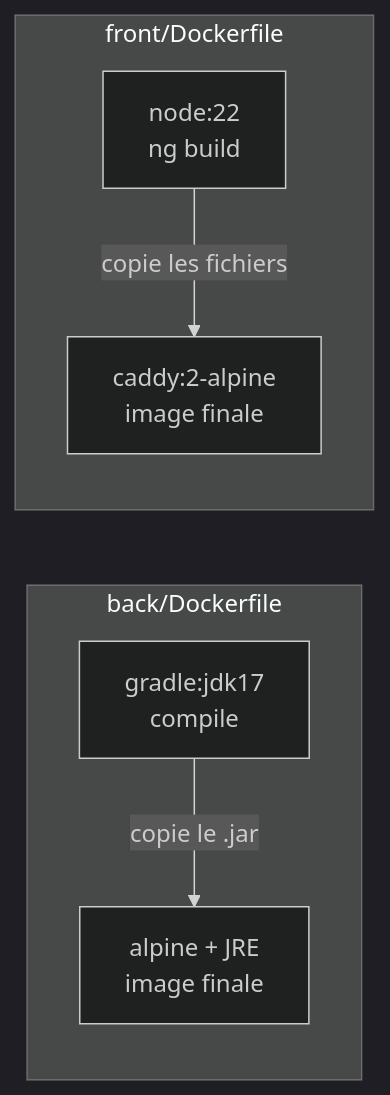
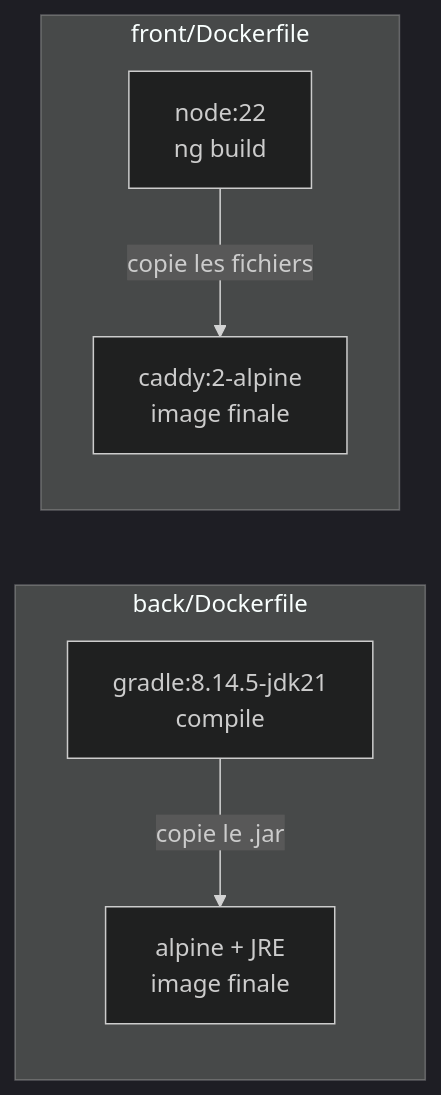
One commit to TedPasquiet/G-rez-le-cycle-de-vie-de-d-veloppement-logiciel changed the third of 5 diagrams in ARCHITECTURE.md. Above: the diagram before and after it, drawn with Mermaid (dark theme). The commit also changed other lines of this file and 4 other files, not shown here.

````diff
--- a/ARCHITECTURE.md
+++ b/ARCHITECTURE.md
@@ -62,9 +62,9 @@
 ```mermaid
 flowchart LR
     subgraph back_build["back/Dockerfile"]
-        g["gradle:jdk17<br/>compile"] -->|"copie le .jar"| ba["alpine + JRE<br/>image finale"]
+        g["gradle:8.14.5-jdk21<br/>compile"] -->|"copie le .jar"| ba["alpine + JRE<br/>image finale"]
     end
     subgraph front_build["front/Dockerfile"]
         n["node:22<br/>ng build"] -->|"copie les fichiers"| ca["caddy:2-alpine<br/>image finale"]
     end
 ```
````
